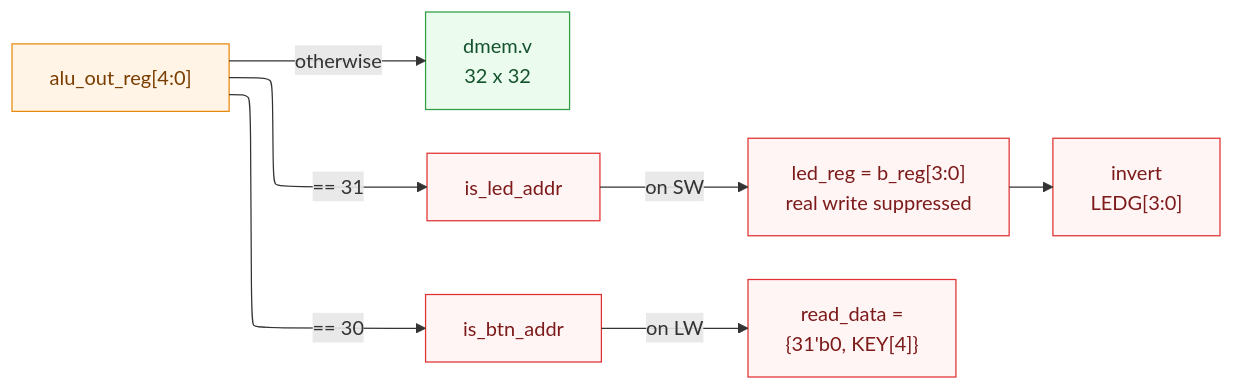
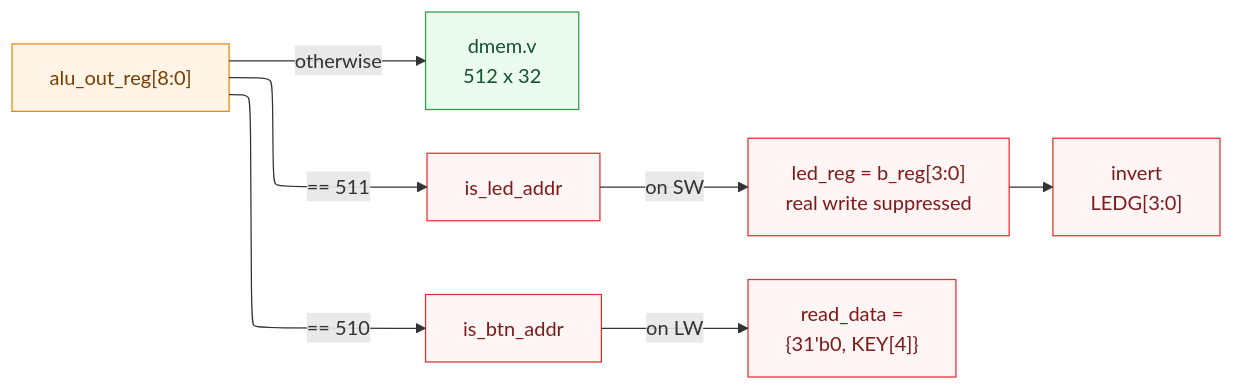
Before and after one commit to AtikRahat/mips-multi-cycle-cpu: the seventh of 11 diagrams in ARCHITECTURE.md, drawn with Mermaid. The commit also changed other lines of this file and 24 other files, not shown here.

````diff
--- a/ARCHITECTURE.md
+++ b/ARCHITECTURE.md
@@ -459,22 +494,22 @@
 ```mermaid
 %%{init: {"flowchart": {"defaultRenderer": "elk"}} }%%
 flowchart LR
-    ADDR["alu_out_reg[4:0]"]
-    DM["dmem.v<br/>32 x 32"]
+    ADDR["alu_out_reg[8:0]"]
+    DM["dmem.v<br/>512 x 32"]
 
-    ADDR -->|"== 31"| LEDA["is_led_addr"]
-    ADDR -->|"== 30"| BTNA["is_btn_addr"]
+    ADDR -->|"== 511"| LEDA["is_led_addr"]
+    ADDR -->|"== 510"| BTNA["is_btn_addr"]
     ADDR -->|otherwise| DM
 
     LEDA -->|"on SW"| LED["led_reg = b_reg[3:0]<br/>real write suppressed"]
     LED --> OUT["invert<br/>LEDG[3:0]"]
 
     BTNA -->|"on LW"| BTN["read_data =<br/>{31'b0, KEY[4]}"]
 
     classDef store fill:#fff4e6,stroke:#e8890c,color:#7a3d00
     classDef mem fill:#ebfbee,stroke:#2f9e44,color:#14532d
     classDef io fill:#fff5f5,stroke:#e03131,color:#7d1a1a
     class ADDR store
     class DM mem
     class LED,OUT,BTN,LEDA,BTNA io
 ```
````
